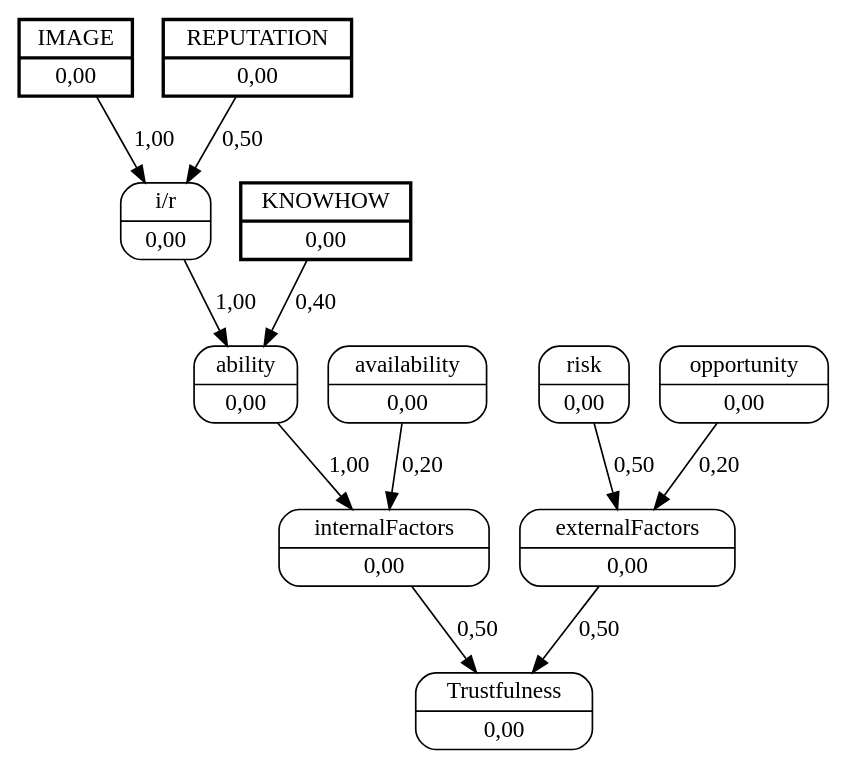
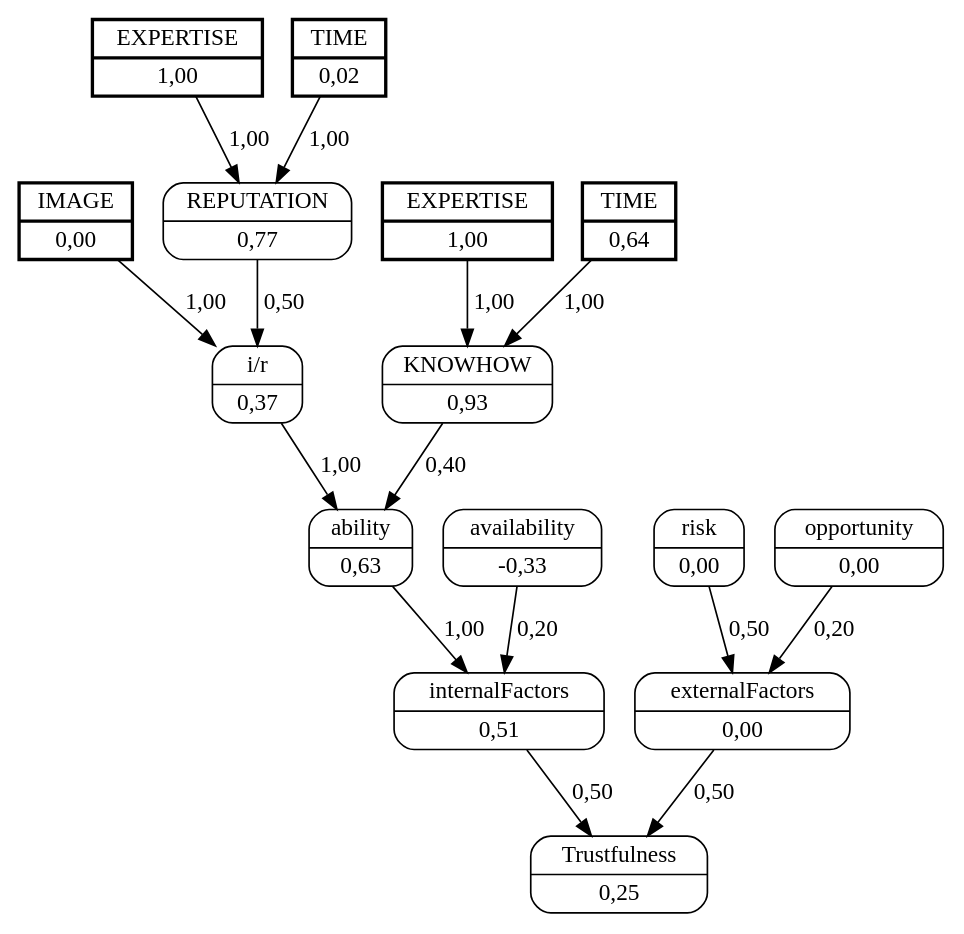
Before and after one commit to jjbaqueta/unload_experiment: the diagram in unload_boxes/dots/worker_2helper_4.dot, drawn with Graphviz. The commit also changed 50 other files, not shown here.

```diff
--- a/unload_boxes/dots/worker_2helper_4.dot
+++ b/unload_boxes/dots/worker_2helper_4.dot
@@ -1,25 +1,34 @@
 digraph FCM_net{
 	node [shape=record, style=rounded]
 	0 [label="{IMAGE | 0,00}", style=bold, penwidth=2, peripheries=2];
-	1 [label="{REPUTATION | 0,00}", style=bold, penwidth=2, peripheries=2];
-	2 [label="{KNOWHOW | 0,00}", style=bold, penwidth=2, peripheries=2];
+	11 [label="{EXPERTISE | 1,00}", style=bold, penwidth=2, peripheries=2];
+	12 [label="{TIME | 0,02}", style=bold, penwidth=2, peripheries=2];
+	13 [label="{EXPERTISE | 1,00}", style=bold, penwidth=2, peripheries=2];
+	14 [label="{TIME | 0,64}", style=bold, penwidth=2, peripheries=2];
 	0 [label="{IMAGE | 0,00}"];
-	3 [label="{i/r | 0,00}"];
-	4 [label="{ability | 0,00}"];
-	5 [label="{availability | 0,00}"];
-	6 [label="{internalFactors | 0,00}"];
+	1 [label="{REPUTATION | 0,77}"];
+	2 [label="{KNOWHOW | 0,93}"];
+	3 [label="{i/r | 0,37}"];
+	4 [label="{ability | 0,63}"];
+	5 [label="{availability | -0,33}"];
+	6 [label="{internalFactors | 0,51}"];
 	7 [label="{risk | 0,00}"];
 	8 [label="{opportunity | 0,00}"];
 	9 [label="{externalFactors | 0,00}"];
-	10 [label="{Trustfulness | 0,00}"];
+	10 [label="{Trustfulness | 0,25}"];
+	12 [label="{TIME | 0,02}"];
 	0 -> 3 [label = "1,00"];
 	1 -> 3 [label = "0,50"];
 	3 -> 4 [label = "1,00"];
 	2 -> 4 [label = "0,40"];
 	4 -> 6 [label = "1,00"];
 	5 -> 6 [label = "0,20"];
 	6 -> 10 [label = "0,50"];
 	7 -> 9 [label = "0,50"];
 	8 -> 9 [label = "0,20"];
 	9 -> 10 [label = "0,50"];
+	11 -> 1 [label = "1,00"];
+	12 -> 1 [label = "1,00"];
+	13 -> 2 [label = "1,00"];
+	14 -> 2 [label = "1,00"];
 }
```
